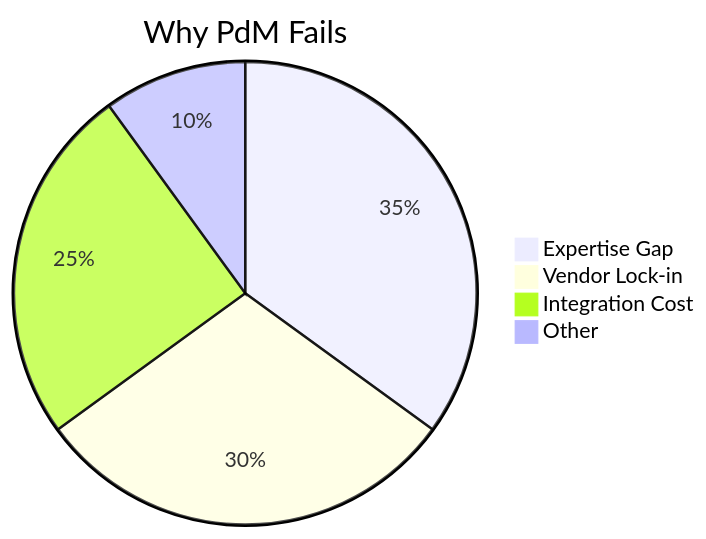
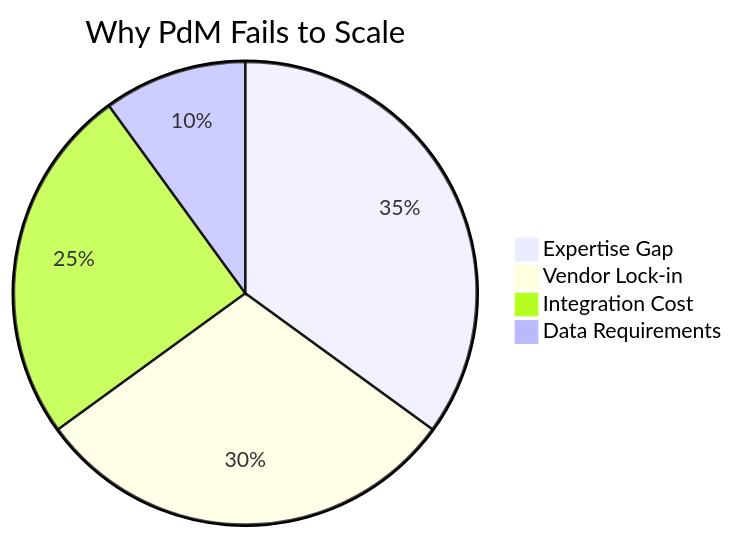
Before and after one commit to leekaize/tinyol-hitl: the first of 8 diagrams in slidev/slides.md, drawn with Mermaid. The commit also changed other lines of this file and 5 other files, not shown here.

````diff
--- a/slidev/slides.md
+++ b/slidev/slides.md
@@ -57,7 +63,7 @@
 ```mermaid
-pie title Why PdM Fails
+pie title Why PdM Fails to Scale
     "Expertise Gap" : 35
     "Vendor Lock-in" : 30
     "Integration Cost" : 25
-    "Other" : 10
+    "Data Requirements" : 10
 ```
````
